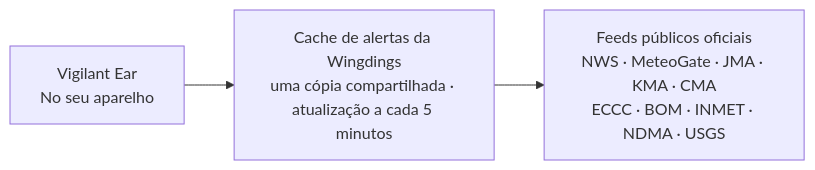
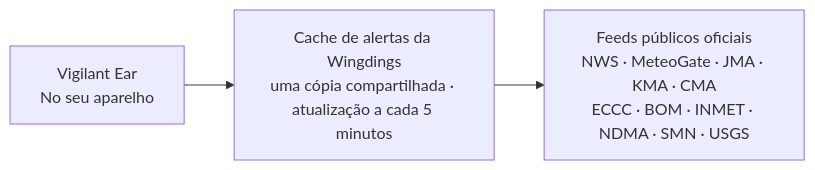
One commit to rpalm01-star/VigilantEarLegal changed the fourth of 4 diagrams in README_pt-BR.md. Above: the diagram before and after it, drawn with Mermaid. The commit also changed other lines of this file and 44 other files, not shown here.

````diff
--- a/README_pt-BR.md
+++ b/README_pt-BR.md
@@ -171,5 +171,5 @@
 ```mermaid
 graph LR
     P1["Vigilant Ear<br/>No seu aparelho"] --> W["Cache de alertas da Wingdings<br/>uma cópia compartilhada · atualização a cada 5 minutos"]
-    W --> N["Feeds públicos oficiais<br/>NWS · MeteoGate · JMA · KMA · CMA<br/>ECCC · BOM · INMET · NDMA · USGS"]
+    W --> N["Feeds públicos oficiais<br/>NWS · MeteoGate · JMA · KMA · CMA<br/>ECCC · BOM · INMET · NDMA · SMN · USGS"]
 ```
````
